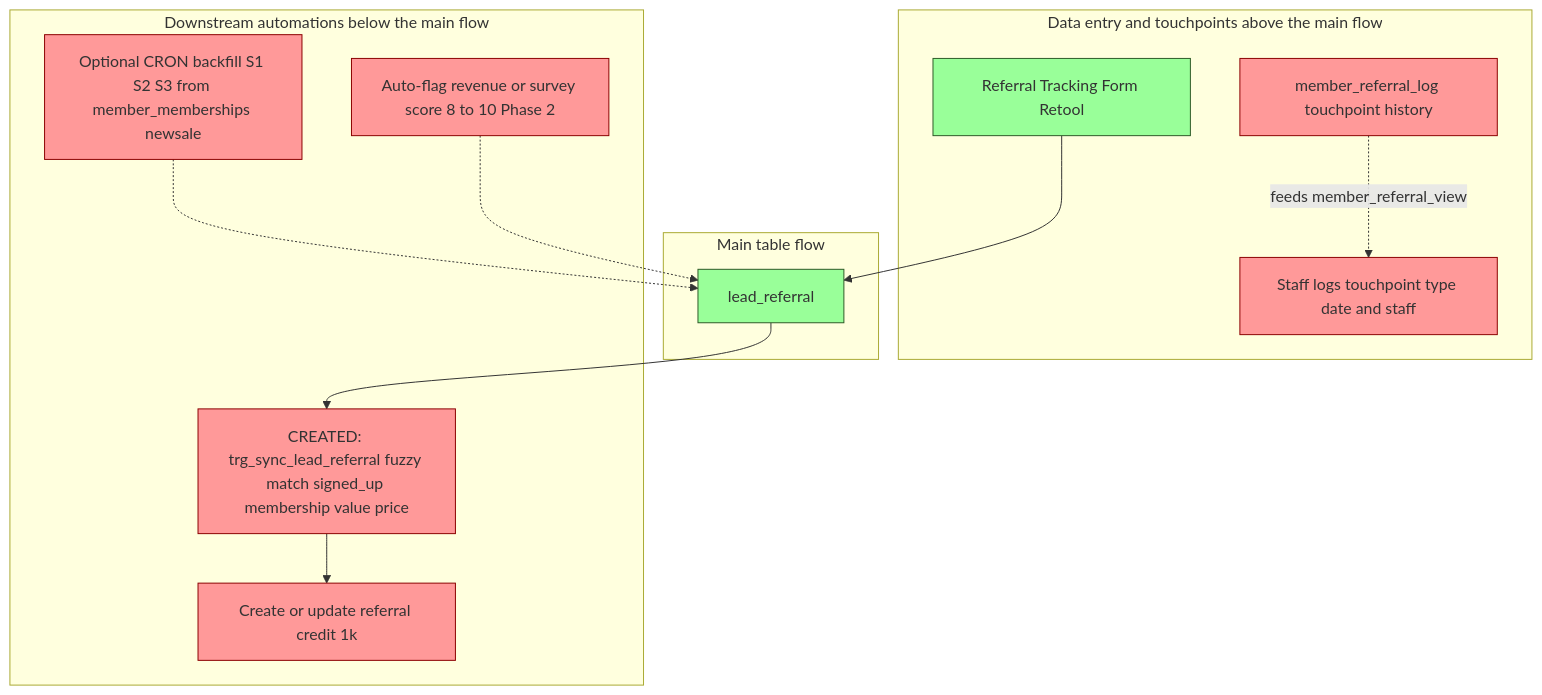
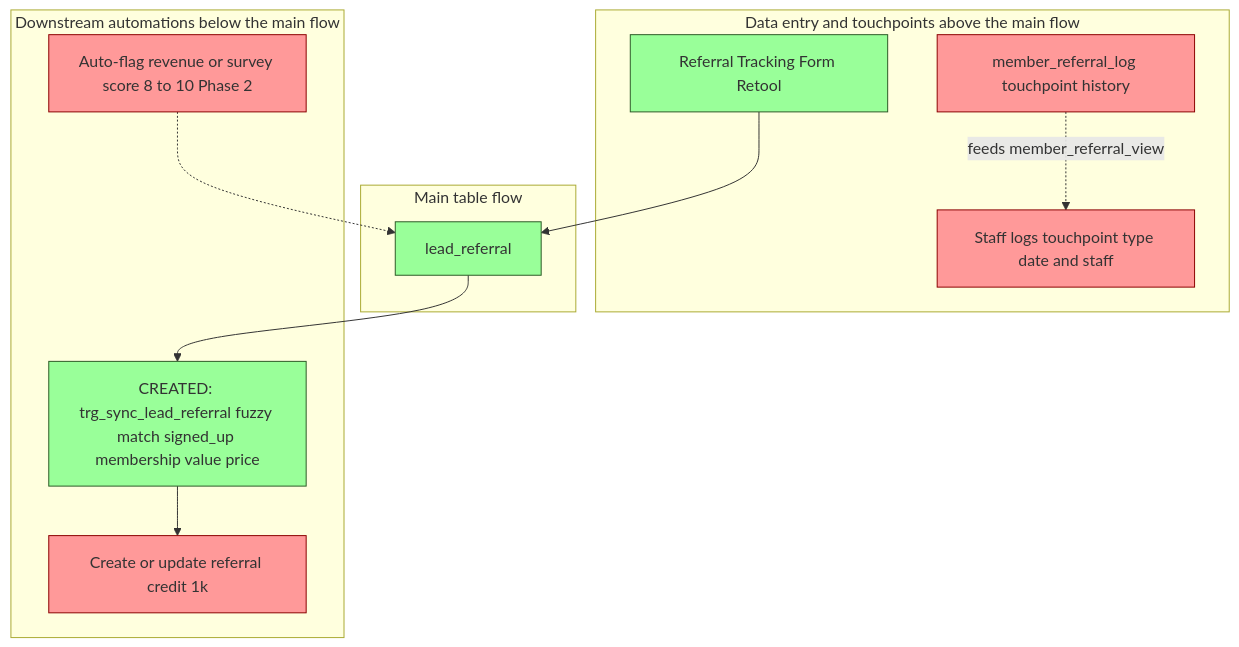
Before and after one commit to towshau/referral_tracking: the second of 2 diagrams in dataflow-and-progress.md, drawn with Mermaid. The commit also changed other lines of this file, not shown here.

First line of the commit message:
Clean up dataflow doc: remove cron/RLS, strikethrough Part 1, add next-to-build items

````diff
--- a/dataflow-and-progress.md
+++ b/dataflow-and-progress.md
@@ -85,36 +86,32 @@
 ```mermaid
 flowchart TB
   subgraph above ["Data entry and touchpoints above the main flow"]
     F1["Referral Tracking Form Retool"]
     F2["member_referral_log touchpoint history"]
     F3["Staff logs touchpoint type date and staff"]
   end
 
   subgraph main ["Main table flow"]
     T1["lead_referral"]
   end
 
   subgraph below ["Downstream automations below the main flow"]
     A1["CREATED: trg_sync_lead_referral fuzzy match signed_up membership value price"]
     A2["Create or update referral credit 1k"]
-    A3["Optional CRON backfill S1 S2 S3 from member_memberships newsale"]
     A4["Auto-flag revenue or survey score 8 to 10 Phase 2"]
   end
 
   F1 --> T1
   F2 -.->|feeds member_referral_view| F3
   T1 --> A1
   A1 --> A2
-  A3 -.-> T1
   A4 -.-> T1
 
   style T1 fill:#9f9,stroke:#2d5a27
   style F1 fill:#9f9,stroke:#2d5a27
   style A1 fill:#9f9,stroke:#2d5a27
   style F2 fill:#f99,stroke:#8b0000
   style F3 fill:#f99,stroke:#8b0000
-  style A1 fill:#f99,stroke:#8b0000
   style A2 fill:#f99,stroke:#8b0000
-  style A3 fill:#f99,stroke:#8b0000
   style A4 fill:#f99,stroke:#8b0000
 ```
````
